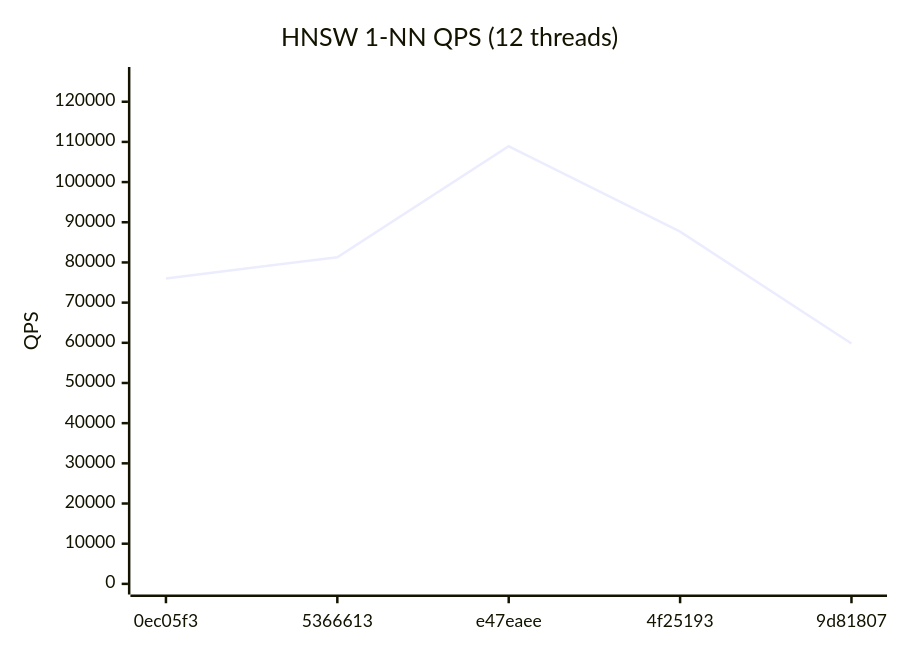
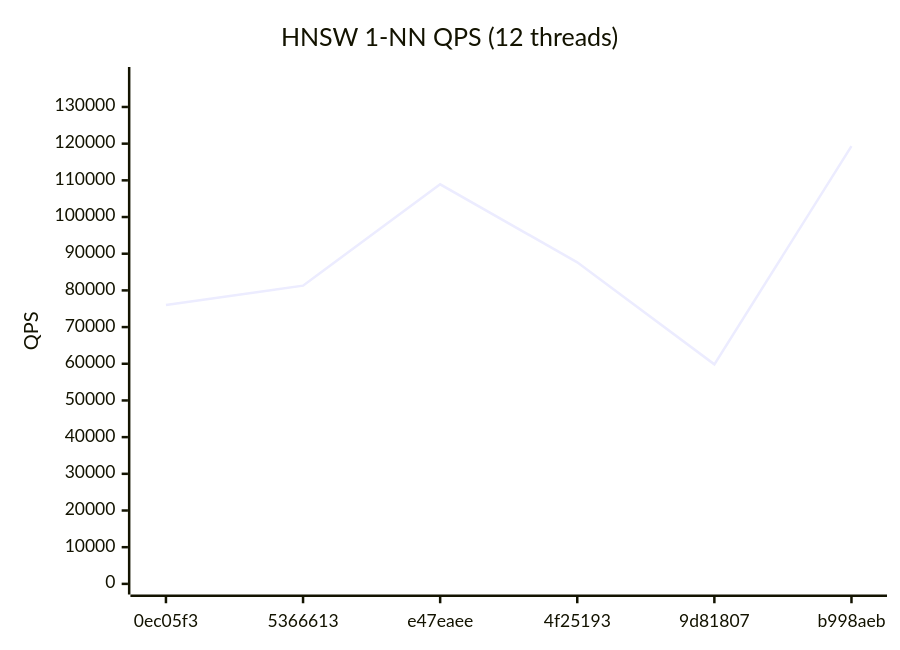
One commit to bibidhSubedi0/RedBoxDb changed the second of 4 diagrams in benchmarks/REPORT.md. Above: the diagram before and after it, drawn with Mermaid. The commit also changed other lines of this file and 1 other file, not shown here.

Commit message:
bench: update performance report [b998aeb] [skip ci]

````diff
--- a/benchmarks/REPORT.md
+++ b/benchmarks/REPORT.md
@@ -29,7 +29,7 @@
 ```mermaid
 xychart-beta
   title "HNSW 1-NN QPS (12 threads)"
-  x-axis ["0ec05f3", "5366613", "e47eaee", "4f25193", "9d81807"]
-  y-axis "QPS" 0 --> 126000
-  line [76009, 81296, 108905, 87655, 59834]
+  x-axis ["0ec05f3", "5366613", "e47eaee", "4f25193", "9d81807", "b998aeb"]
+  y-axis "QPS" 0 --> 138000
+  line [76009, 81296, 108905, 87655, 59834, 119312]
 ```
````
